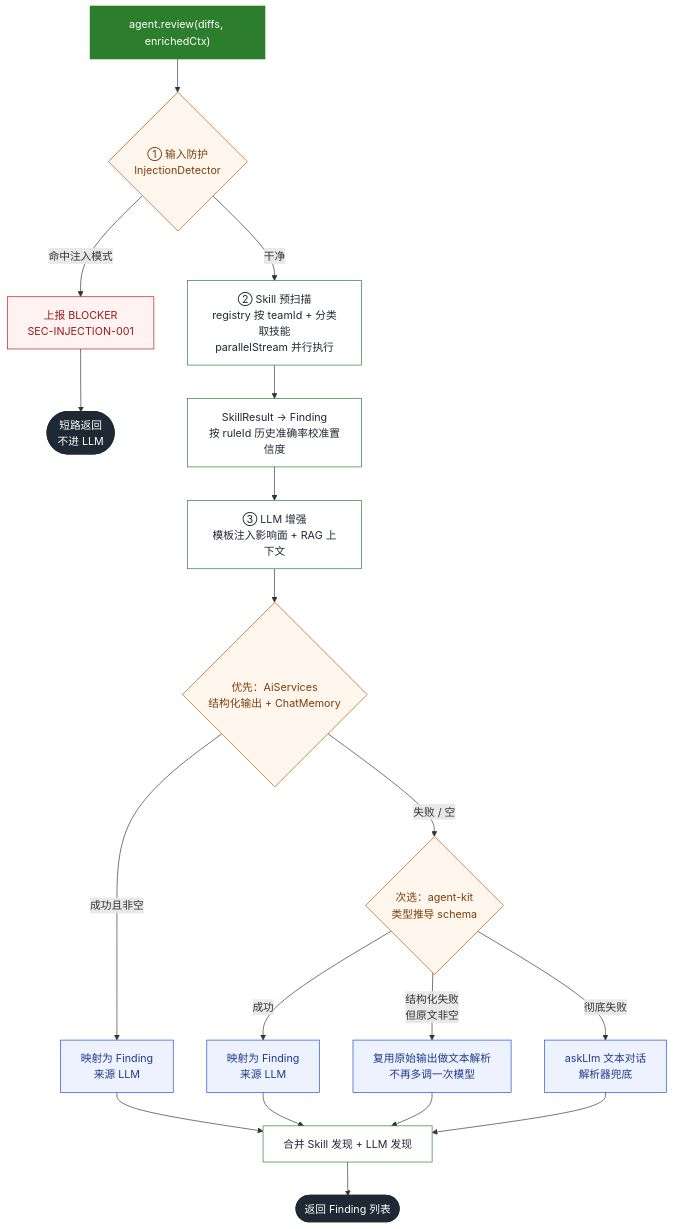
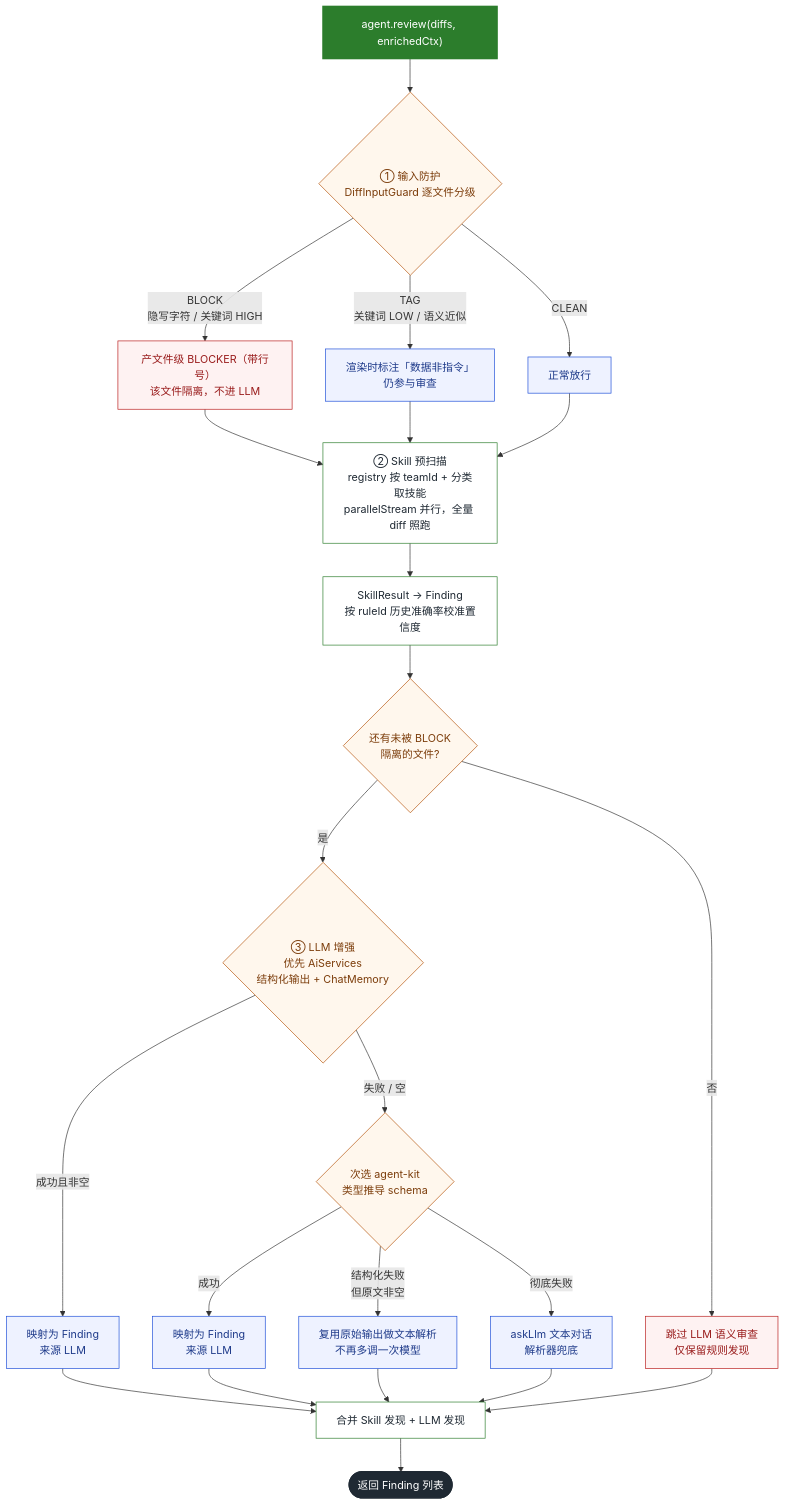
Before and after one commit to 13liyunfei/code-review-agent: the diagram in docs/diagrams/l3-single-agent.mmd, drawn with Mermaid. The commit also changed 10 other files, not shown here.

First line of the commit message:
docs: 图集同步项目近期演进，新增影响面分析专图（11 → 12 张）

```diff
--- a/docs/diagrams/l3-single-agent.mmd
+++ b/docs/diagrams/l3-single-agent.mmd
@@ -1,36 +1,42 @@
 flowchart TD
-    A["agent.review(diffs, enrichedCtx)"] --> B{"① 输入防护<br/>InjectionDetector"}
+    A["agent.review(diffs, enrichedCtx)"] --> B{"① 输入防护<br/>DiffInputGuard 逐文件分级"}
 
-    B -->|"命中注入模式"| B1["上报 BLOCKER<br/>SEC-INJECTION-001"]
-    B1 --> B2(["短路返回<br/>不进 LLM"])
+    B -->|"BLOCK<br/>隐写字符 / 关键词 HIGH"| B1["产文件级 BLOCKER（带行号）<br/>该文件隔离，不进 LLM"]
+    B -->|"TAG<br/>关键词 LOW / 语义近似"| B2["渲染时标注「数据非指令」<br/>仍参与审查"]
+    B -->|"CLEAN"| B3["正常放行"]
 
-    B -->|"干净"| C["② Skill 预扫描<br/>registry 按 teamId + 分类取技能<br/>parallelStream 并行执行"]
-    C --> D["SkillResult → Finding<br/>按 ruleId 历史准确率校准置信度"]
+    B1 --> C
+    B2 --> C
+    B3 --> C
 
-    D --> G["③ LLM 增强<br/>模板注入影响面 + RAG 上下文"]
-    G --> H{"优先：AiServices<br/>结构化输出 + ChatMemory"}
+    C["② Skill 预扫描<br/>registry 按 teamId + 分类取技能<br/>parallelStream 并行，全量 diff 照跑"] --> D["SkillResult → Finding<br/>按 ruleId 历史准确率校准置信度"]
+
+    D --> G{"还有未被 BLOCK<br/>隔离的文件?"}
+    G -->|"否"| G0["跳过 LLM 语义审查<br/>仅保留规则发现"]
+    G -->|"是"| H{"③ LLM 增强<br/>优先 AiServices<br/>结构化输出 + ChatMemory"}
     H -->|"成功且非空"| H1["映射为 Finding<br/>来源 LLM"]
 
-    H -->|"失败 / 空"| I{"次选：agent-kit<br/>类型推导 schema"}
+    H -->|"失败 / 空"| I{"次选 agent-kit<br/>类型推导 schema"}
     I -->|"成功"| I1["映射为 Finding<br/>来源 LLM"]
     I -->|"结构化失败<br/>但原文非空"| J["复用原始输出做文本解析<br/>不再多调一次模型"]
     I -->|"彻底失败"| K["askLlm 文本对话<br/>解析器兜底"]
 
     H1 --> M
     I1 --> M
     J --> M
     K --> M
+    G0 --> M
     M["合并 Skill 发现 + LLM 发现"] --> N(["返回 Finding 列表"])
 
     classDef start fill:#2c7d2c,stroke:#2c7d2c,stroke-width:2px,color:#fff;
     classDef endn fill:#1f2933,stroke:#1f2933,stroke-width:2px,color:#fff;
     classDef proc fill:#FFFFFF,stroke:#2c7d2c,stroke-width:1px,color:#1f2933;
     classDef dec fill:#FFF7ED,stroke:#b45309,stroke-width:1px,color:#7c3d0b;
     classDef short fill:#FEF2F2,stroke:#b91c1c,stroke-width:1px,color:#991b1b;
     classDef llm fill:#EEF2FF,stroke:#1d4ed8,stroke-width:1px,color:#1e3a8a;
     class A start;
-    class N,B2 endn;
-    class C,D,G,M proc;
-    class B,H,I dec;
-    class B1 short;
-    class H1,I1,J,K llm;
+    class N endn;
+    class C,D,M proc;
+    class B,H,I,G dec;
+    class B1,G0 short;
+    class B2,B3,H1,I1,J,K llm;
```
